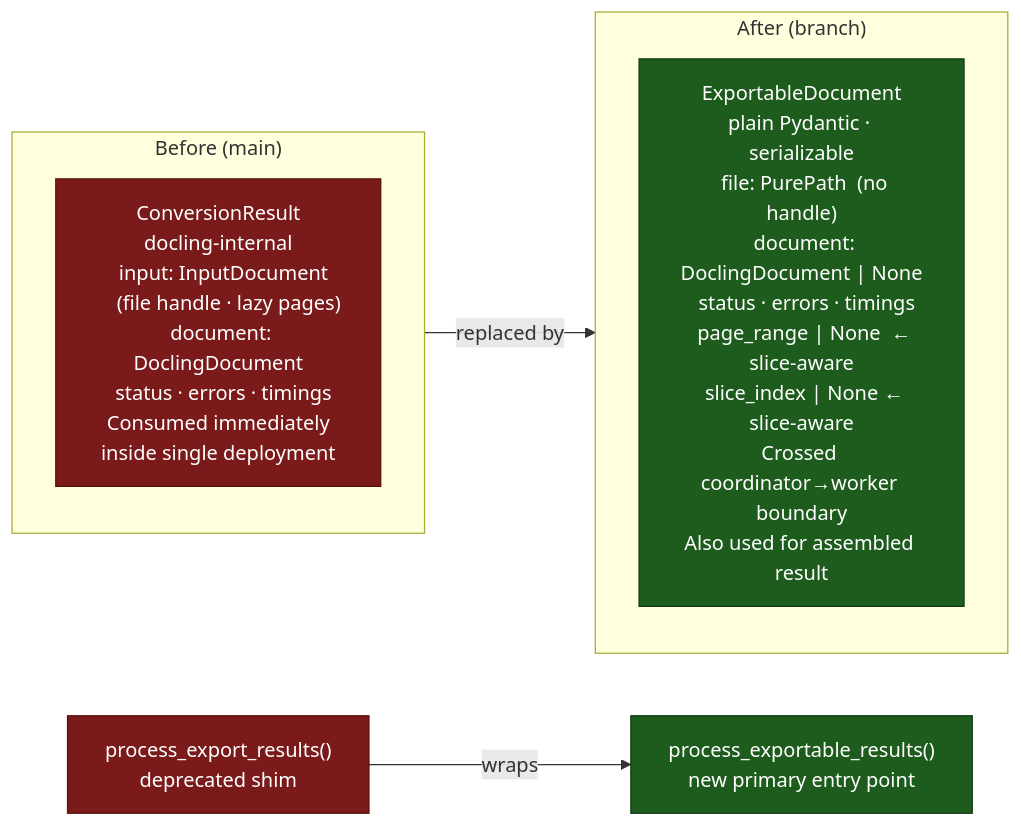
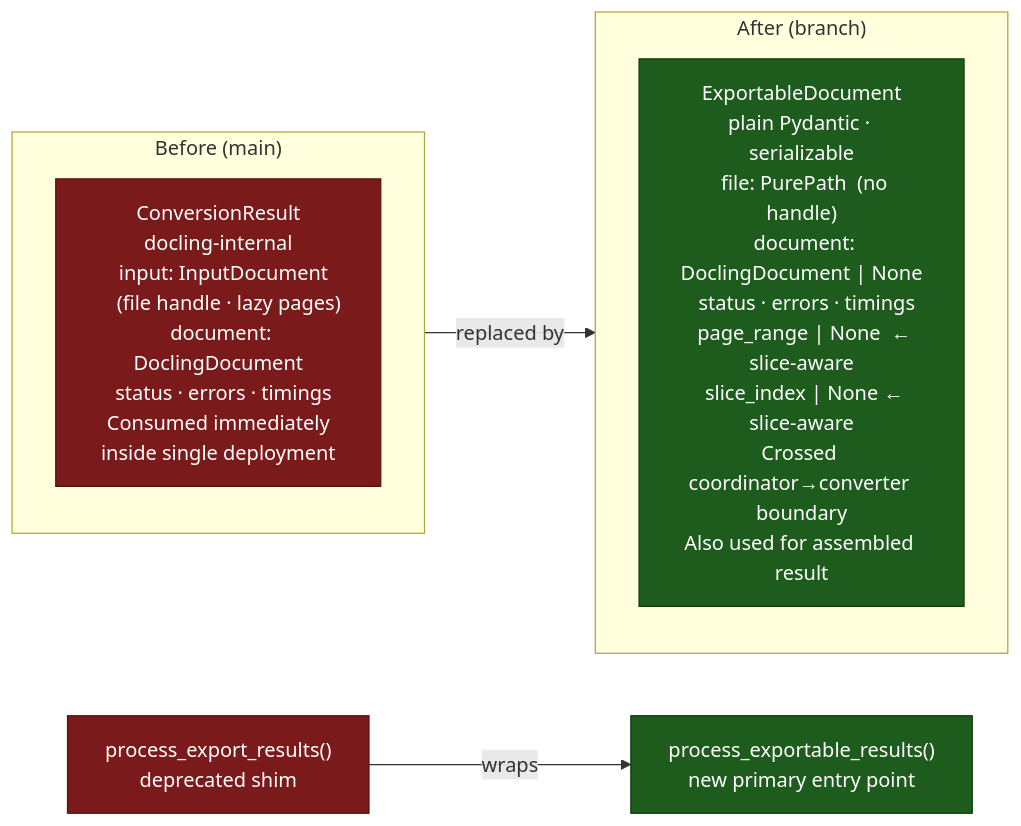
The ninth of 11 diagrams in docs/ray-orchestrator-architecture-page-slicing-delta.md (docling-project/docling-serve), drawn with Mermaid before and after one commit. The commit also changed other lines of this file, not shown here.

````diff
--- a/docs/ray-orchestrator-architecture-page-slicing-delta.md
+++ b/docs/ray-orchestrator-architecture-page-slicing-delta.md
@@ -330,20 +330,20 @@
 ```mermaid
 flowchart LR
     classDef removed fill:#7a1a1a,color:#fff,stroke:#5a0f0f
     classDef new     fill:#1e5c1e,color:#fff,stroke:#0f3a0f
     classDef existed fill:#444,color:#fff,stroke:#222
 
     subgraph BEFORE["Before (main)"]
         CR["ConversionResult\ndocling-internal\n  input: InputDocument\n    (file handle · lazy pages)\n  document: DoclingDocument\n  status · errors · timings\nConsumed immediately\ninside single deployment"]:::removed
     end
 
     subgraph AFTER["After (branch)"]
-        ED2["ExportableDocument\nplain Pydantic · serializable\n  file: PurePath  (no handle)\n  document: DoclingDocument | None\n  status · errors · timings\n  page_range | None  ← slice-aware\n  slice_index | None ← slice-aware\nCrossed coordinator→worker boundary\nAlso used for assembled result"]:::new
+        ED2["ExportableDocument\nplain Pydantic · serializable\n  file: PurePath  (no handle)\n  document: DoclingDocument | None\n  status · errors · timings\n  page_range | None  ← slice-aware\n  slice_index | None ← slice-aware\nCrossed coordinator→converter boundary\nAlso used for assembled result"]:::new
     end
 
     BEFORE -- "replaced by" --> AFTER
 
     PE["process_export_results()\ndeprecated shim"]:::removed
     PER["process_exportable_results()\nnew primary entry point"]:::new
     PE -- "wraps" --> PER
 ```
````
